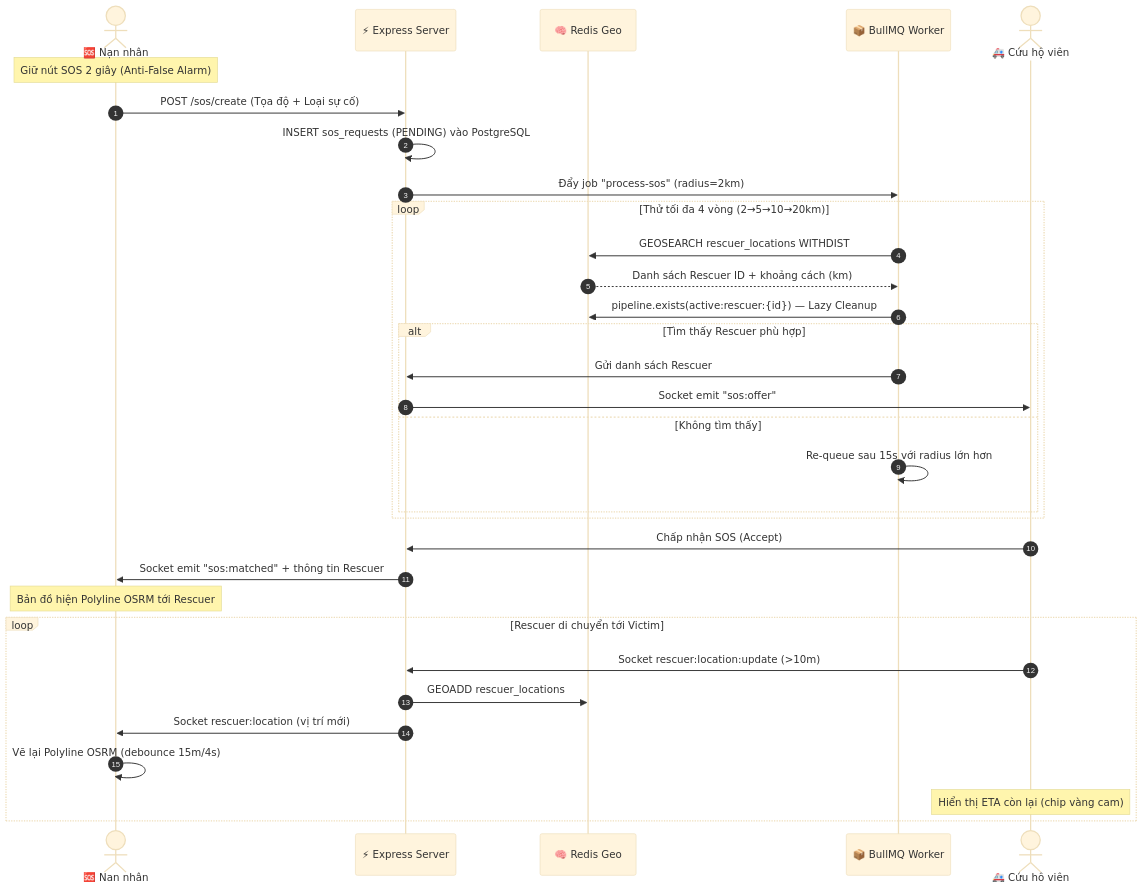
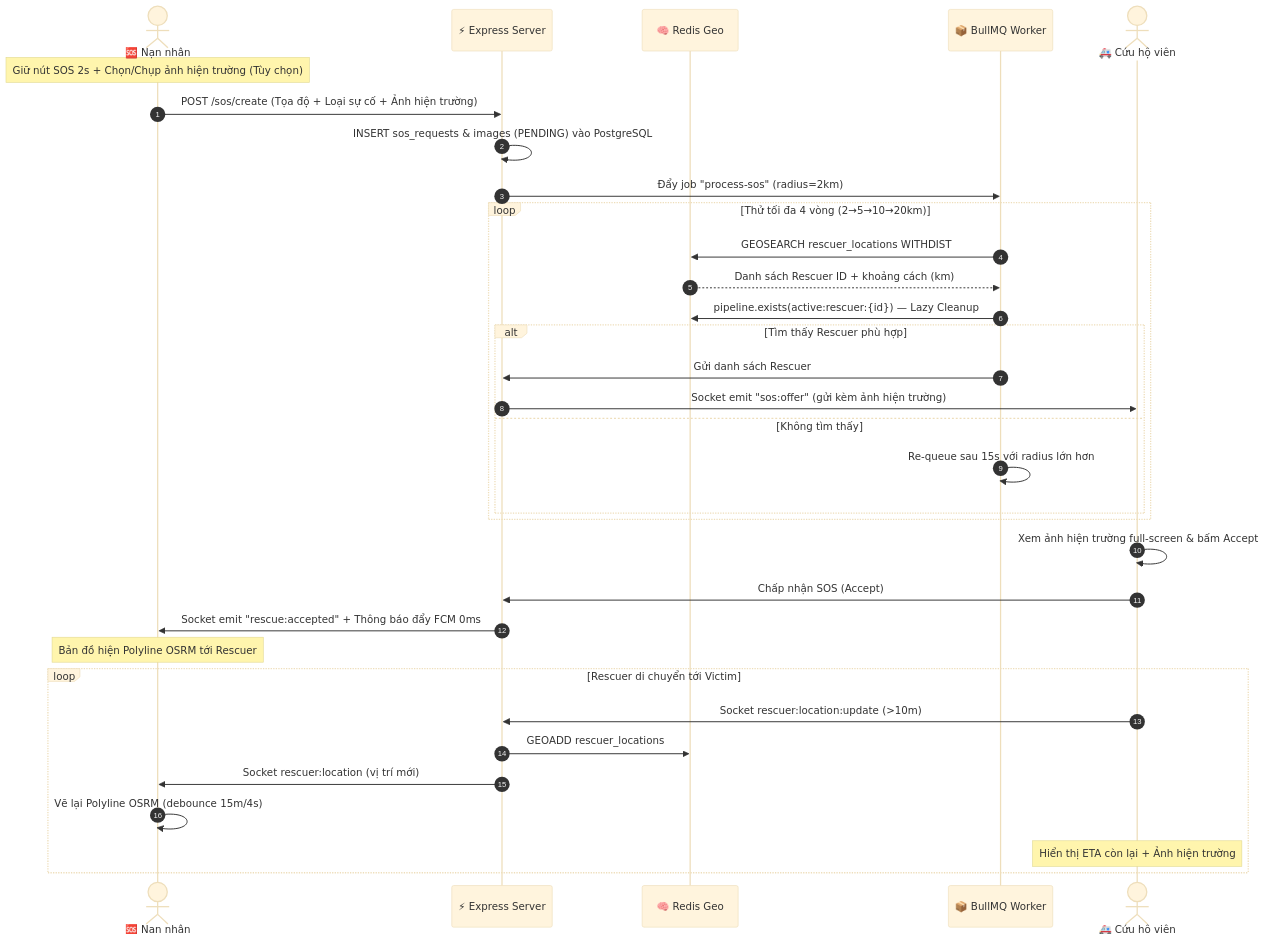
Before and after one commit to AnKhangKN/do_an_tot_nghiep: the diagram in reviews/PROJECT_REVIEW_AND_PROPOSALS.md, drawn with Mermaid (base theme). The commit also changed other lines of this file and 49 other files, not shown here.

````diff
--- a/reviews/PROJECT_REVIEW_AND_PROPOSALS.md
+++ b/reviews/PROJECT_REVIEW_AND_PROPOSALS.md
@@ -196,38 +210,39 @@
 ```mermaid
 sequenceDiagram
     autonumber
     actor Victim as 🆘 Nạn nhân
     participant Server as ⚡ Express Server
     participant Redis as 🧠 Redis Geo
     participant Worker as 📦 BullMQ Worker
     actor Rescuer as 🚑 Cứu hộ viên
 
-    Note over Victim: Giữ nút SOS 2 giây (Anti-False Alarm)
-    Victim->>Server: POST /sos/create (Tọa độ + Loại sự cố)
-    Server->>Server: INSERT sos_requests (PENDING) vào PostgreSQL
+    Note over Victim: Giữ nút SOS 2s + Chọn/Chụp ảnh hiện trường (Tùy chọn)
+    Victim->>Server: POST /sos/create (Tọa độ + Loại sự cố + Ảnh hiện trường)
+    Server->>Server: INSERT sos_requests & images (PENDING) vào PostgreSQL
     Server->>Worker: Đẩy job "process-sos" (radius=2km)
 
     loop Thử tối đa 4 vòng (2→5→10→20km)
         Worker->>Redis: GEOSEARCH rescuer_locations WITHDIST
         Redis-->>Worker: Danh sách Rescuer ID + khoảng cách (km)
         Worker->>Redis: pipeline.exists(active:rescuer:{id}) — Lazy Cleanup
         alt Tìm thấy Rescuer phù hợp
             Worker->>Server: Gửi danh sách Rescuer
-            Server->>Rescuer: Socket emit "sos:offer"
+            Server->>Rescuer: Socket emit "sos:offer" (gửi kèm ảnh hiện trường)
         else Không tìm thấy
             Worker->>Worker: Re-queue sau 15s với radius lớn hơn
         end
     end
 
+    Rescuer->>Rescuer: Xem ảnh hiện trường full-screen & bấm Accept
     Rescuer->>Server: Chấp nhận SOS (Accept)
-    Server->>Victim: Socket emit "sos:matched" + thông tin Rescuer
+    Server->>Victim: Socket emit "rescue:accepted" + Thông báo đẩy FCM 0ms
 
     Note over Victim: Bản đồ hiện Polyline OSRM tới Rescuer
     loop Rescuer di chuyển tới Victim
         Rescuer->>Server: Socket rescuer:location:update (>10m)
         Server->>Redis: GEOADD rescuer_locations
         Server->>Victim: Socket rescuer:location (vị trí mới)
         Victim->>Victim: Vẽ lại Polyline OSRM (debounce 15m/4s)
-        Note over Rescuer: Hiển thị ETA còn lại (chip vàng cam)
+        Note over Rescuer: Hiển thị ETA còn lại + Ảnh hiện trường
     end
 ```
````
